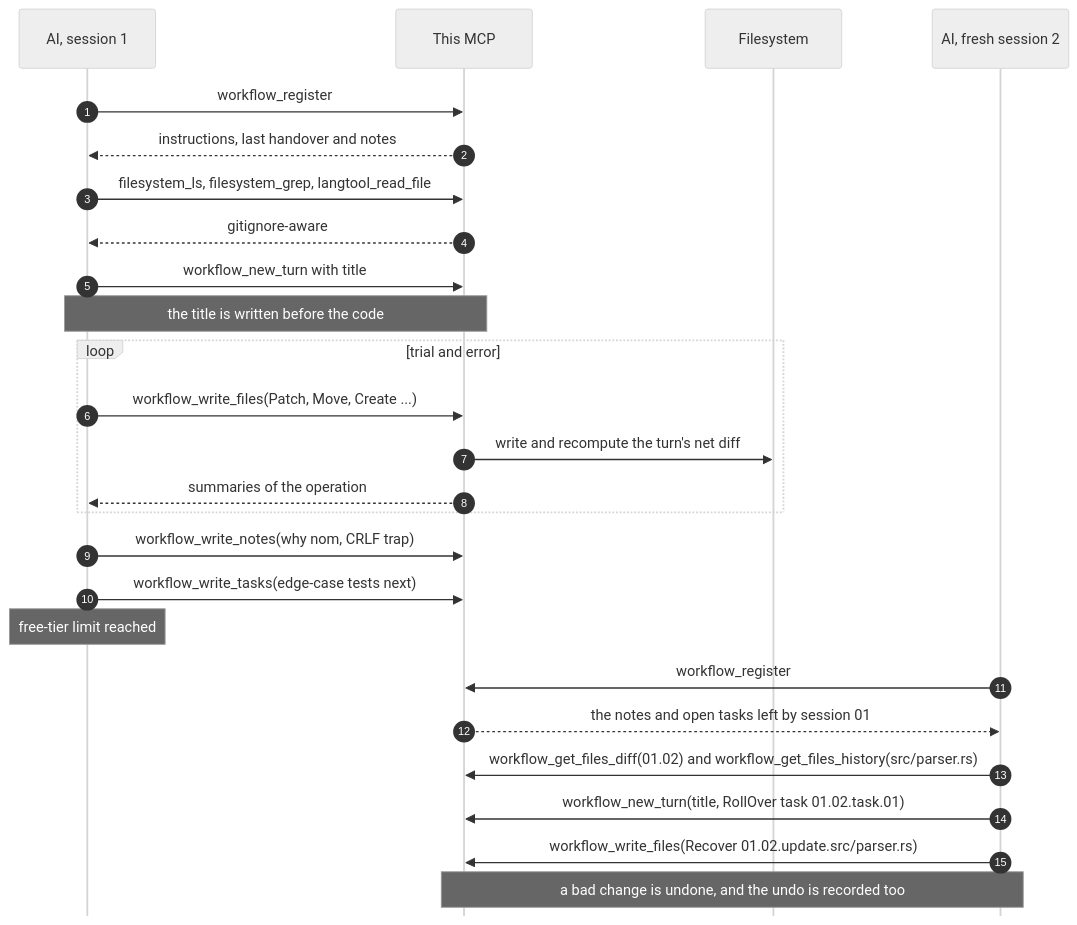
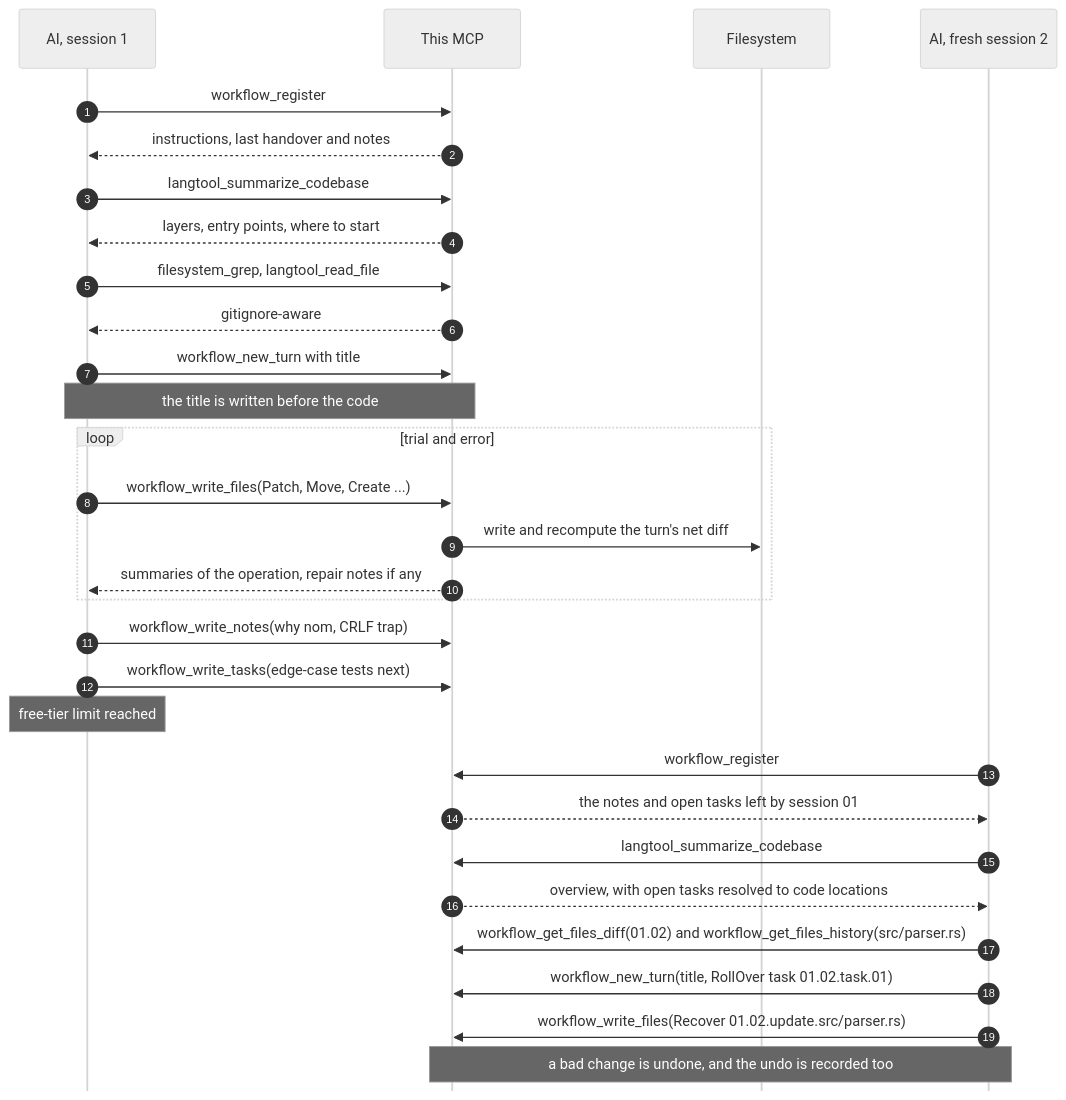
The first of 2 diagrams in README.md (SnowyField1906/stateful-agent-mcp), drawn with Mermaid (neutral theme) before and after one commit. The commit also changed other lines of this file and 45 other files, not shown here.

````diff
--- a/README.md
+++ b/README.md
@@ -140,34 +81,38 @@
 ```mermaid
 %%{init: {"sequence": {"mirrorActors": false}}}%%
 sequenceDiagram
     autonumber
     participant A as AI, session 1
     participant M as This MCP
     participant D as Filesystem
     participant B as AI, fresh session 2
 
     A->>M: workflow_register
     M-->>A: instructions, last handover and notes
-    A->>M: filesystem_ls, filesystem_grep, langtool_read_file
+    A->>M: langtool_summarize_codebase
+    M-->>A: layers, entry points, where to start
+    A->>M: filesystem_grep, langtool_read_file
     M-->>A: gitignore-aware
 
     A->>M: workflow_new_turn with title
     Note over A,M: the title is written before the code
 
     loop trial and error
         A->>M: workflow_write_files(Patch, Move, Create ...)
         M->>D: write and recompute the turn's net diff
-        M-->>A: summaries of the operation
+        M-->>A: summaries of the operation, repair notes if any
     end
 
     A->>M: workflow_write_notes(why nom, CRLF trap)
     A->>M: workflow_write_tasks(edge-case tests next)
     Note over A: free-tier limit reached
 
     B->>M: workflow_register
     M-->>B: the notes and open tasks left by session 01
+    B->>M: langtool_summarize_codebase
+    M-->>B: overview, with open tasks resolved to code locations
     B->>M: workflow_get_files_diff(01.02) and workflow_get_files_history(src/parser.rs)
     B->>M: workflow_new_turn(title, RollOver task 01.02.task.01)
     B->>M: workflow_write_files(Recover 01.02.update.src/parser.rs)
     Note over M,B: a bad change is undone, and the undo is recorded too
 ```
````
